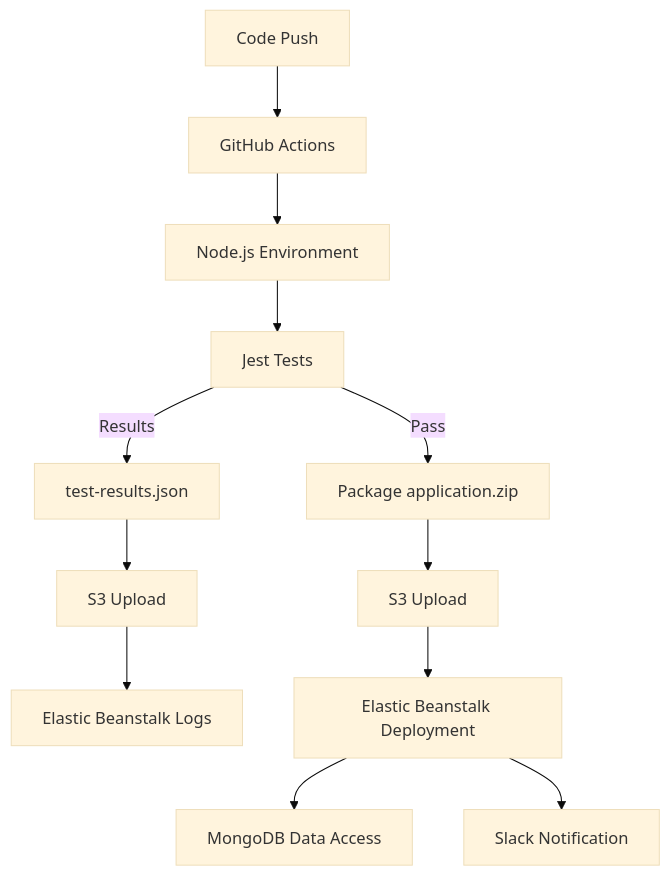
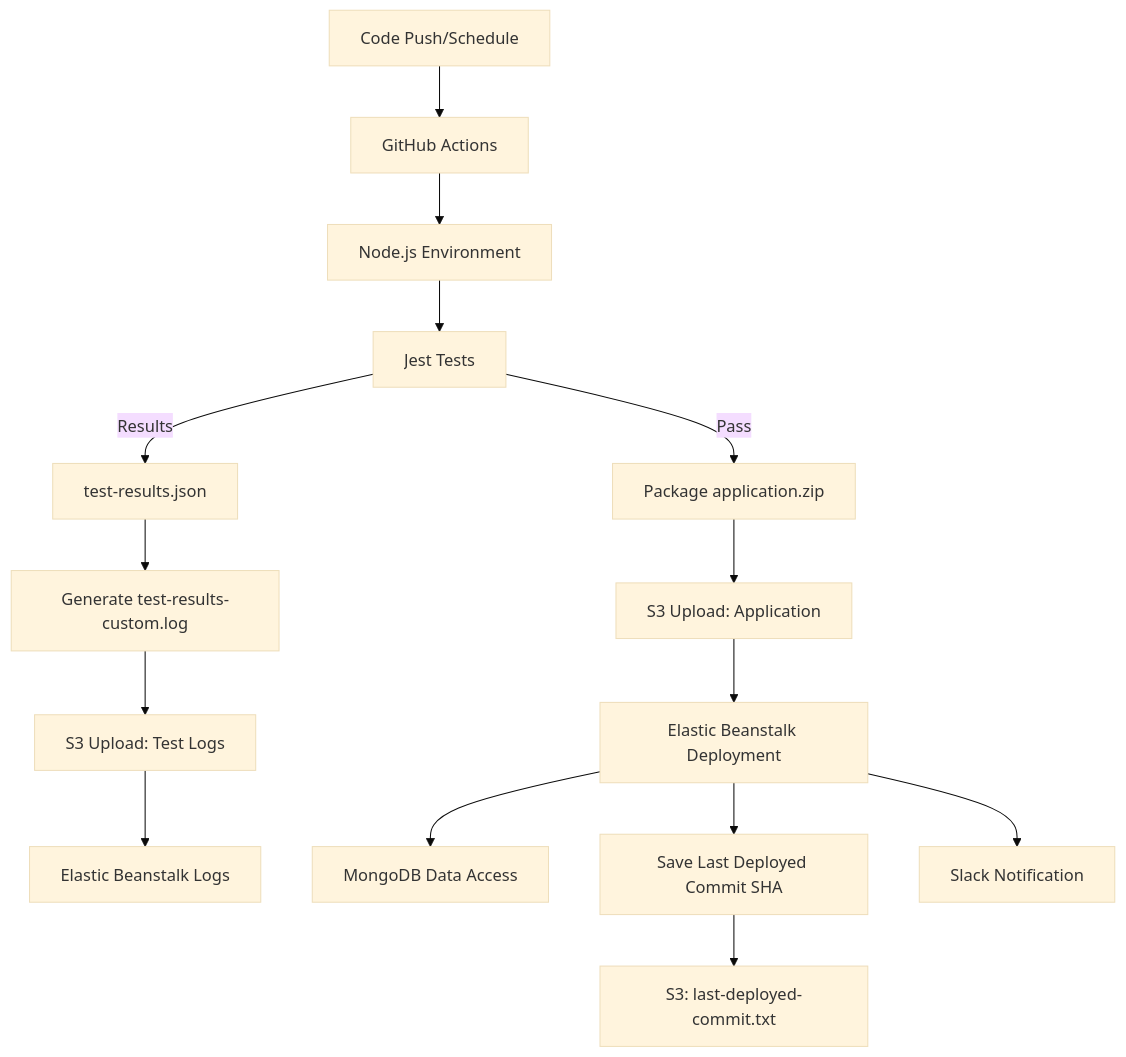
Before and after one commit to Evan-Codes88/CI-CD-api: the third of 3 diagrams in README.md, drawn with Mermaid (base theme). The commit also changed other lines of this file and 2 other files, not shown here.

Commit message:
Feat: Fixing README.md and adding extra triggers for deployment

````diff
--- a/README.md
+++ b/README.md
@@ -561,14 +458,17 @@
 ```mermaid
 graph TD
-    A[Code Push] --> B[GitHub Actions]
+    A[Code Push/Schedule] --> B[GitHub Actions]
     B --> C[Node.js Environment]
     C --> D[Jest Tests]
     D -->|Results| E[test-results.json]
-    E --> F[S3 Upload]
-    F --> G[Elastic Beanstalk Logs]
-    D -->|Pass| H[Package application.zip]
-    H --> I[S3 Upload]
-    I --> J[Elastic Beanstalk Deployment]
-    J --> K[MongoDB Data Access]
-    J --> L[Slack Notification]
+    E --> F[Generate test-results-custom.log]
+    F --> G[S3 Upload: Test Logs]
+    G --> H[Elastic Beanstalk Logs]
+    D -->|Pass| I[Package application.zip]
+    I --> J[S3 Upload: Application]
+    J --> K[Elastic Beanstalk Deployment]
+    K --> L[MongoDB Data Access]
+    K --> M[Save Last Deployed Commit SHA]
+    M --> N[S3: last-deployed-commit.txt]
+    K --> O[Slack Notification]
 ```
````
